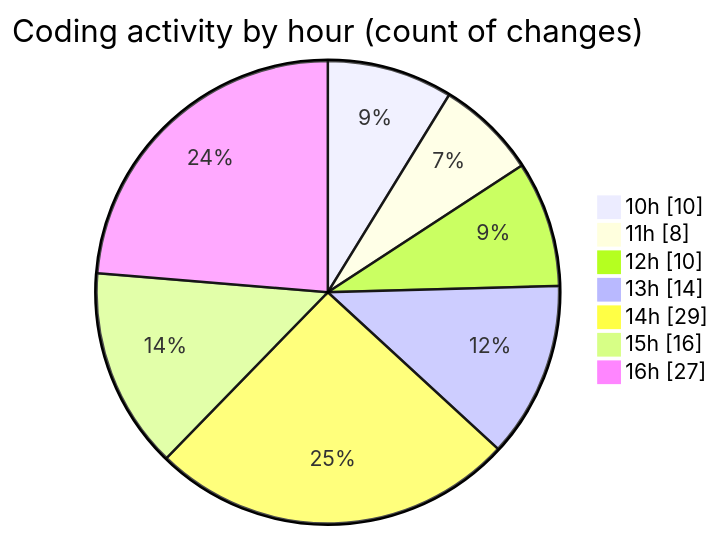
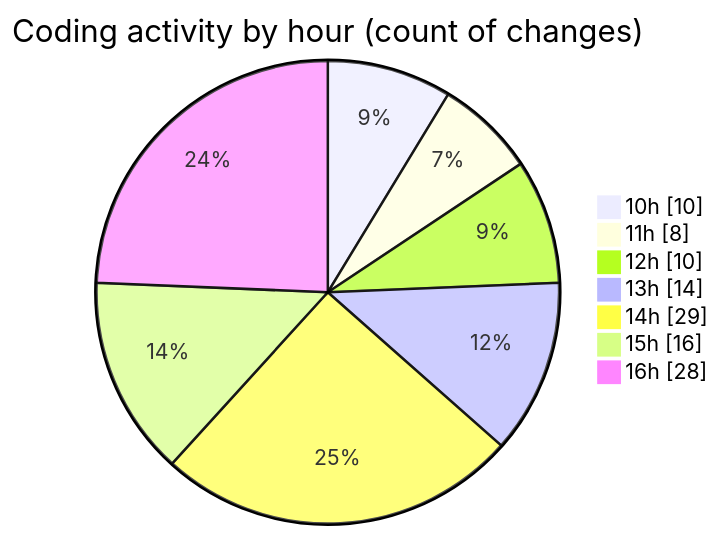
Before and after one commit to nxtqubesakshisongat/code-tracking: the second of 2 diagrams in 2025-07-29/nxtqube_webapp/README.md, drawn with Mermaid. The commit also changed other lines of this file and 1 other file, not shown here.

````diff
--- a/2025-07-29/nxtqube_webapp/README.md
+++ b/2025-07-29/nxtqube_webapp/README.md
@@ -40,11 +40,11 @@
 ```mermaid
 pie showData
 title Coding activity by hour (count of changes)
 "10h" : 10
 "11h" : 8
 "12h" : 10
 "13h" : 14
 "14h" : 29
 "15h" : 16
-"16h" : 27
+"16h" : 28
 ```
````
